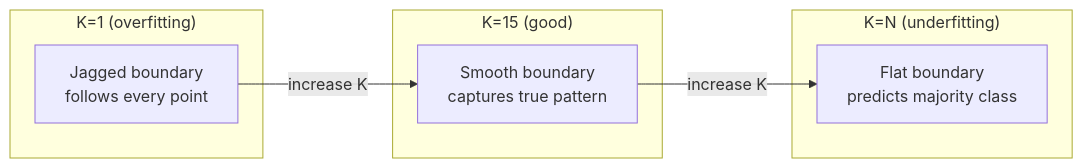
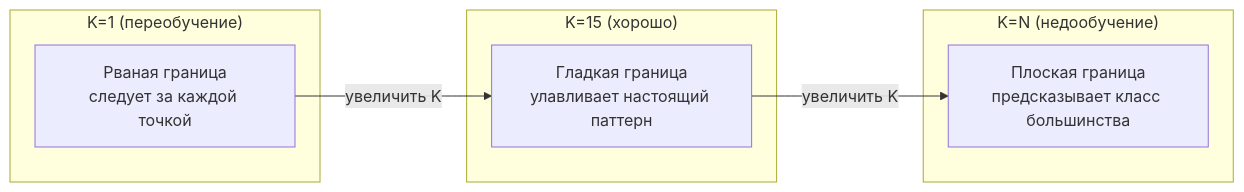
One commit to stabuev/ai-engineering-from-scratch changed the second of 3 diagrams in phases/02-ml-fundamentals/06-knn-and-distances/docs/ru.md. Above: the diagram before and after it, drawn with Mermaid. The commit also changed other lines of this file and 22 other files, not shown here.

````diff
--- a/phases/02-ml-fundamentals/06-knn-and-distances/docs/ru.md
+++ b/phases/02-ml-fundamentals/06-knn-and-distances/docs/ru.md
@@ -66,13 +66,13 @@
 ```mermaid
 graph LR
-    subgraph "K=1 (overfitting)"
-        A["Jagged boundary<br>follows every point"]
+    subgraph "K=1 (переобучение)"
+        A["Рваная граница<br>следует за каждой точкой"]
     end
-    subgraph "K=15 (good)"
-        B["Smooth boundary<br>captures true pattern"]
+    subgraph "K=15 (хорошо)"
+        B["Гладкая граница<br>улавливает настоящий паттерн"]
     end
-    subgraph "K=N (underfitting)"
-        C["Flat boundary<br>predicts majority class"]
+    subgraph "K=N (недообучение)"
+        C["Плоская граница<br>предсказывает класс большинства"]
     end
-    A -->|"increase K"| B -->|"increase K"| C
+    A -->|"увеличить K"| B -->|"увеличить K"| C
 ```
````
